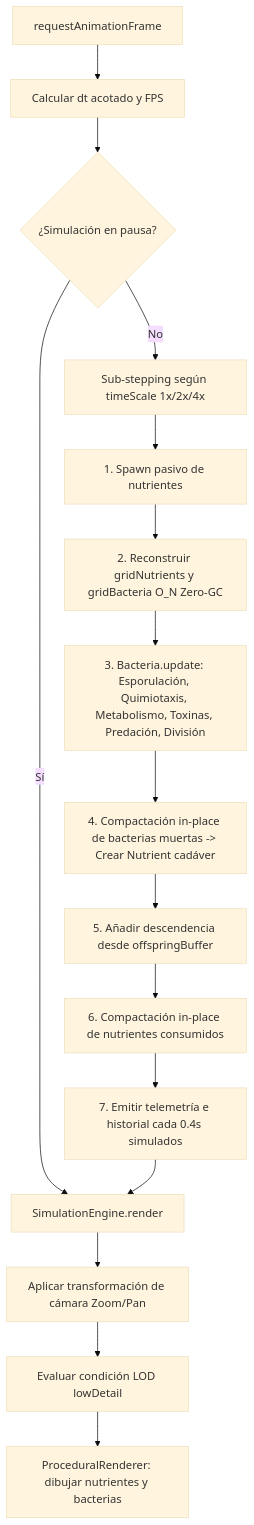
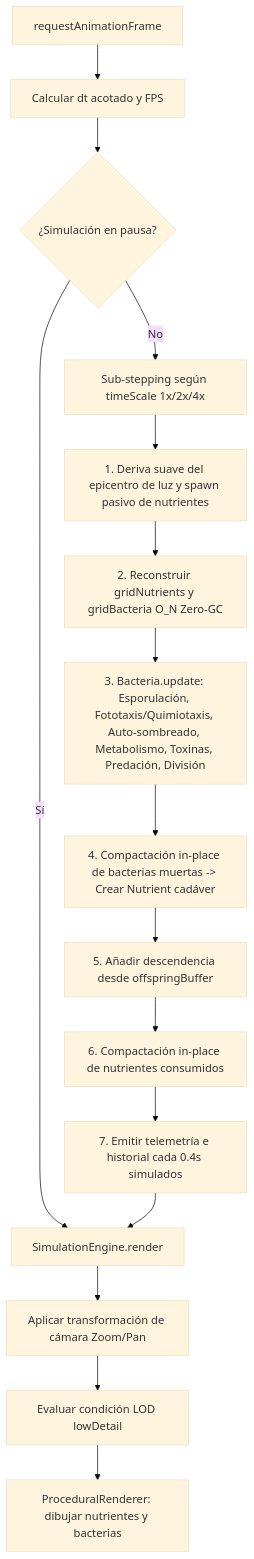
Before and after one commit to doctorvanmartin/EvoLootIon: the diagram in ARQUITECTURA.md, drawn with Mermaid (base theme). The commit also changed other lines of this file and 11 other files, not shown here.

````diff
--- a/ARQUITECTURA.md
+++ b/ARQUITECTURA.md
@@ -41,18 +43,18 @@
 ```mermaid
 flowchart TD
     A[requestAnimationFrame] --> B[Calcular dt acotado y FPS]
     B --> C{¿Simulación en pausa?}
     C -- No --> D[Sub-stepping según timeScale 1x/2x/4x]
-    D --> E[1. Spawn pasivo de nutrientes]
+    D --> E[1. Deriva suave del epicentro de luz y spawn pasivo de nutrientes]
     E --> F[2. Reconstruir gridNutrients y gridBacteria O_N Zero-GC]
-    F --> G[3. Bacteria.update: Esporulación, Quimiotaxis, Metabolismo, Toxinas, Predación, División]
+    F --> G[3. Bacteria.update: Esporulación, Fototaxis/Quimiotaxis, Auto-sombreado, Metabolismo, Toxinas, Predación, División]
     G --> H[4. Compactación in-place de bacterias muertas -> Crear Nutrient cadáver]
     H --> I[5. Añadir descendencia desde offspringBuffer]
     I --> J[6. Compactación in-place de nutrientes consumidos]
     J --> K[7. Emitir telemetría e historial cada 0.4s simulados]
     C -- Sí --> L[SimulationEngine.render]
     K --> L
     L --> M[Aplicar transformación de cámara Zoom/Pan]
     M --> N[Evaluar condición LOD lowDetail]
     N --> O[ProceduralRenderer: dibujar nutrientes y bacterias]
 ```
````
